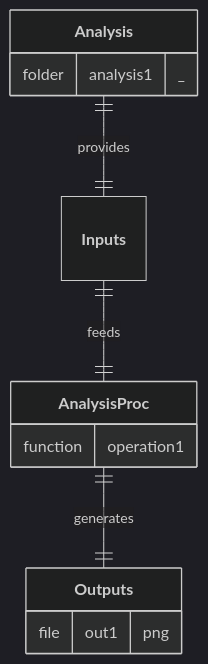
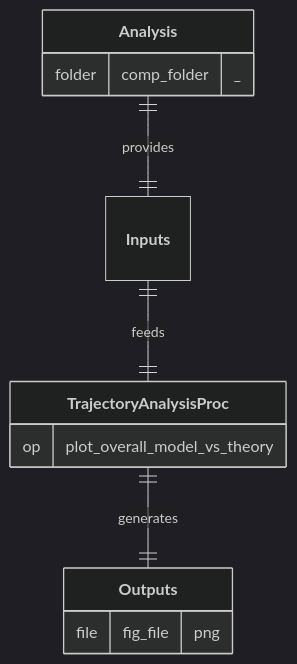
One commit to nuremics/nuremics-labs changed the diagram in src/labs/procs/general/TrajectoryAnalysisProc/README.md. Above: the diagram before and after it, drawn with Mermaid (dark theme). The commit also changed other lines of this file and 2 other files, not shown here.

Commit message:
update TrajectoryAnalysisProc

````diff
--- a/src/labs/procs/general/TrajectoryAnalysisProc/README.md
+++ b/src/labs/procs/general/TrajectoryAnalysisProc/README.md
@@ -3,16 +14,16 @@
 ```mermaid
 erDiagram
   **Analysis** ||--|| **Inputs** : provides
-  **Inputs** ||--|| **AnalysisProc** : feeds
-  **AnalysisProc** ||--|| **Outputs** : generates
+  **Inputs** ||--|| **TrajectoryAnalysisProc** : feeds
+  **TrajectoryAnalysisProc** ||--|| **Outputs** : generates
 
   **Analysis** {
-    folder analysis1 "_"
+    folder comp_folder "_"
   }
-  **AnalysisProc** {
-    function operation1
+  **TrajectoryAnalysisProc** {
+    op plot_overall_model_vs_theory
   }
   **Outputs** {
-    file out1 "png"
+    file fig_file "png"
   }
 ```
````
